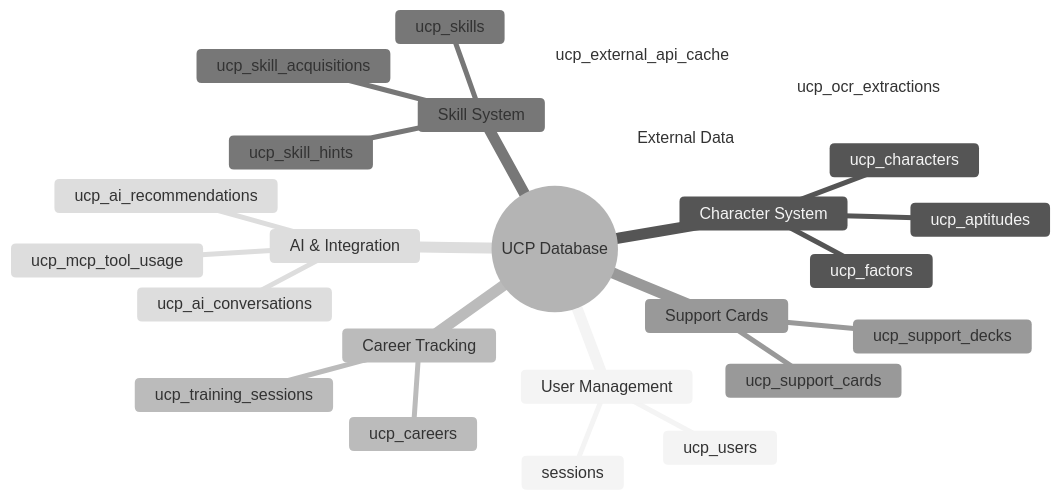
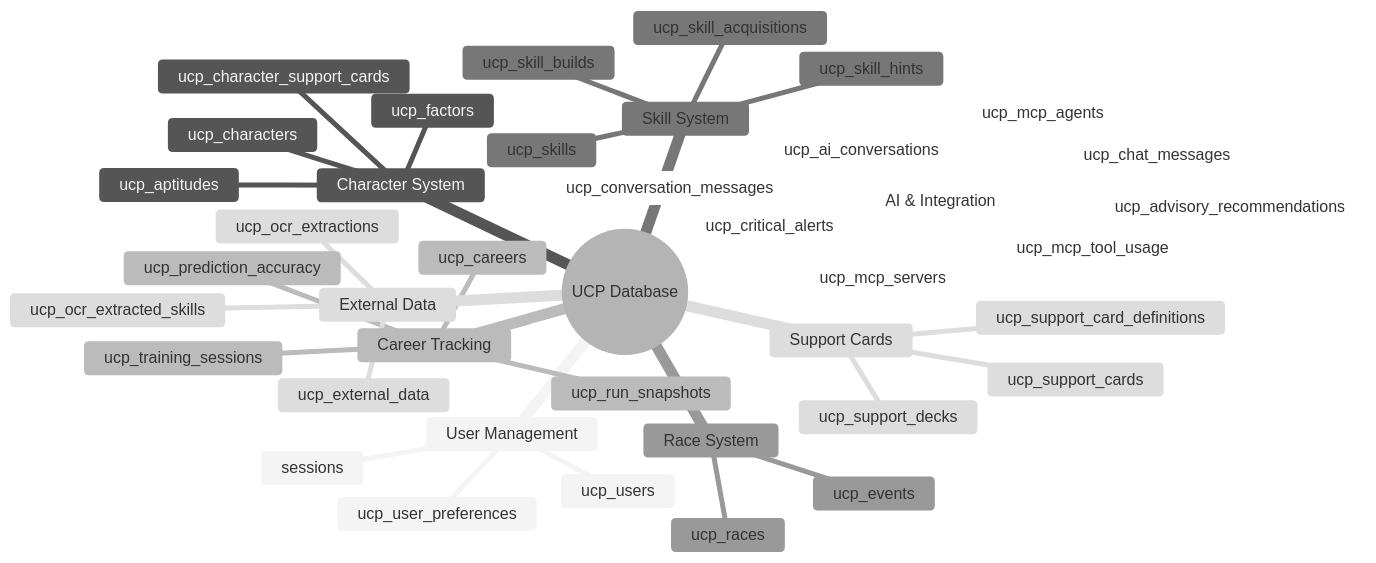
The first of 6 diagrams in docs/00-core-docs/009_DBD_Database_Documentation.md (exatfrds67/umamusume-career-planner), drawn with Mermaid (neutral theme) before and after one commit. The commit also changed other lines of this file and 1559 other files, not shown here.

````diff
--- a/docs/00-core-docs/009_DBD_Database_Documentation.md
+++ b/docs/00-core-docs/009_DBD_Database_Documentation.md
@@ -40,28 +40,43 @@
 ```mermaid
 mindmap
   root((UCP Database))
     User Management
       ucp_users
+      ucp_user_preferences
       sessions
     Character System
       ucp_characters
       ucp_aptitudes
       ucp_factors
+      ucp_character_support_cards
     Career Tracking
       ucp_careers
       ucp_training_sessions
+      ucp_run_snapshots
+      ucp_prediction_accuracy
     Skill System
       ucp_skills
       ucp_skill_hints
       ucp_skill_acquisitions
+      ucp_skill_builds
+    Race System
+      ucp_races
+      ucp_events
     Support Cards
       ucp_support_cards
+      ucp_support_card_definitions
       ucp_support_decks
     AI & Integration
       ucp_ai_conversations
-      ucp_ai_recommendations
+      ucp_conversation_messages
+      ucp_chat_messages
+      ucp_advisory_recommendations
       ucp_mcp_tool_usage
+      ucp_mcp_agents
+      ucp_mcp_servers
+      ucp_critical_alerts
     External Data
-      ucp_external_api_cache
+      ucp_external_data
       ucp_ocr_extractions
+      ucp_ocr_extracted_skills
 ```
````
